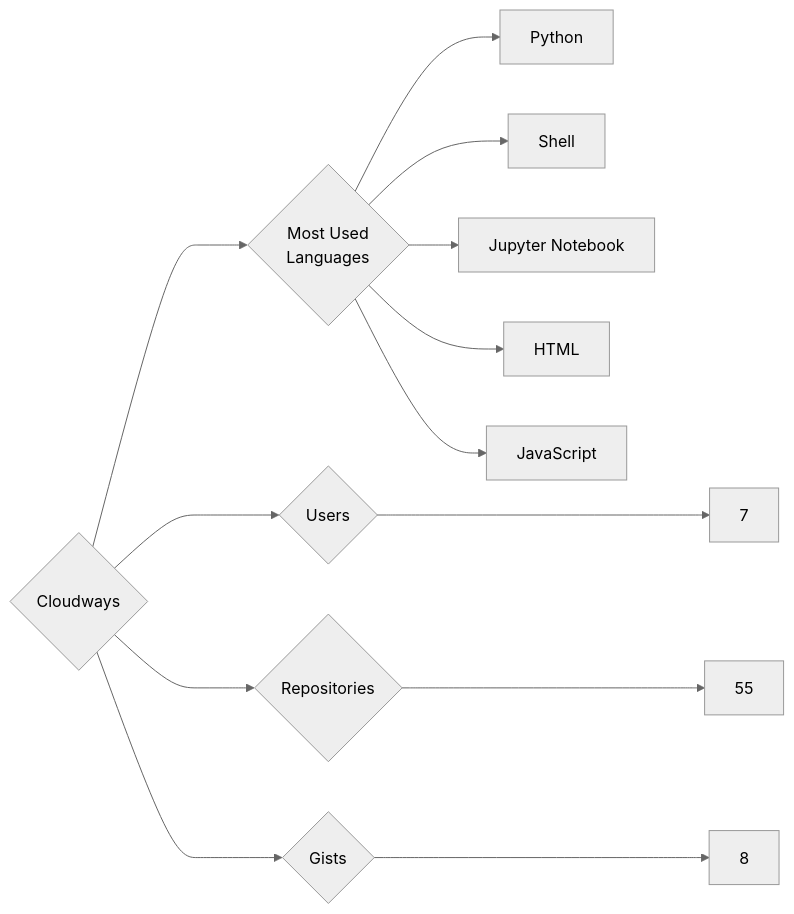
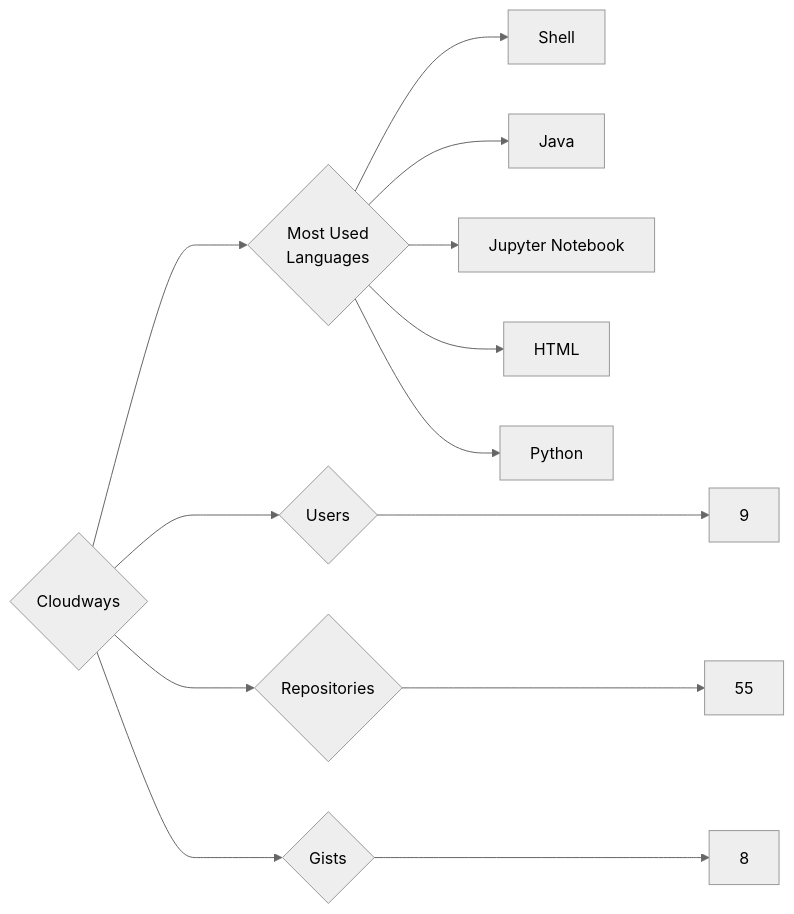
The diagram in targets/Cloudways/README.md (trickest/insiders), drawn with Mermaid (neutral theme) before and after one commit. The commit also changed 777 other files, not shown here.

````diff
--- a/targets/Cloudways/README.md
+++ b/targets/Cloudways/README.md
@@ -3,13 +3,13 @@
 ```mermaid
 graph LR
 COMPANY_NAME{Cloudways}
-COMPANY_NAME ---> U{Users} ---> UN[7]
+COMPANY_NAME ---> U{Users} ---> UN[9]
 COMPANY_NAME ---> R{Repositories} ---> RN[55]
 COMPANY_NAME ---> G{Gists} ---> GN[8]
 COMPANY_NAME ---> ML{Most Used<br>Languages}
-ML --> Python[Python]
 ML --> Shell[Shell]
+ML --> Java[Java]
 ML --> Jupyter_Notebook[Jupyter Notebook]
 ML --> HTML[HTML]
-ML --> JavaScript[JavaScript]
+ML --> Python[Python]
 ```
````
